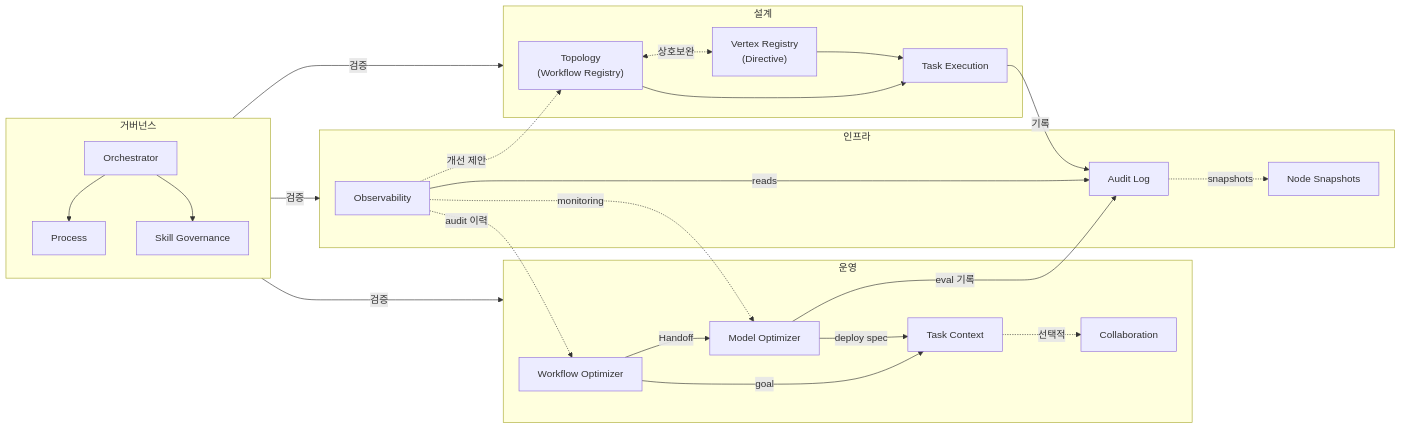
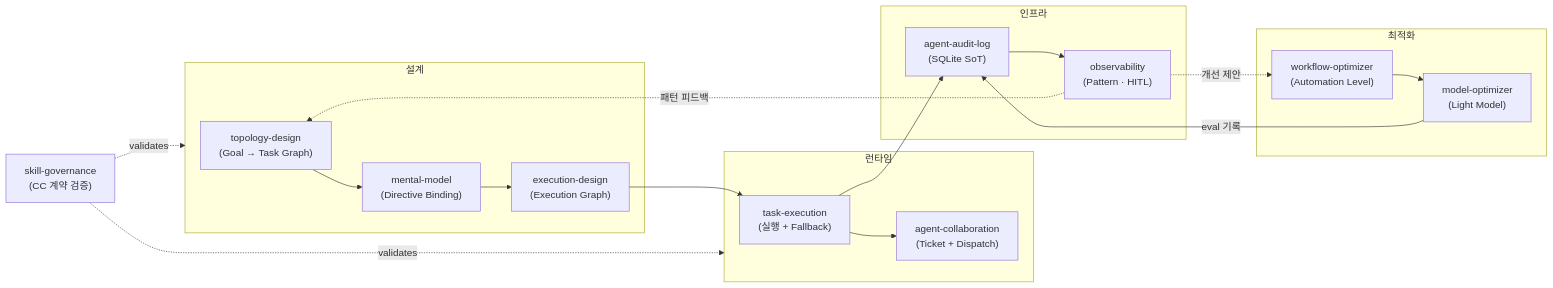
The second of 3 diagrams in README.md (WMJOON/multi-swarm-orchestrator), drawn with Mermaid before and after one commit. The commit also changed other lines of this file and 55 other files, not shown here.

````diff
--- a/README.md
+++ b/README.md
@@ -93,29 +91,33 @@
 ```mermaid
 graph LR
-    subgraph Design ["설계"]
-        S00["Topology<br/>(Workflow Registry)"] <-.->|상호보완| S01["Vertex Registry<br/>(Directive)"]
-        S00 & S01 --> S02["Task Execution"]
+    subgraph Design["설계"]
+        WT["topology-design<br/>(Goal → Task Graph)"]
+        MM["mental-model<br/>(Directive Binding)"]
+        ED["execution-design<br/>(Execution Graph)"]
+        WT --> MM --> ED
     end
-    subgraph Ops ["운영"]
-        S03["Task Context"] -.->|선택적| S04["Collaboration"]
-        S10["Workflow Optimizer"] -->|goal| S03
-        S10 -->|Handoff| S11["Model Optimizer"]
-        S11 -->|deploy spec| S03
+    subgraph Runtime["런타임"]
+        TE["task-execution<br/>(실행 + Fallback)"]
+        AC["agent-collaboration<br/>(Ticket + Dispatch)"]
+        TE --> AC
     end
-    subgraph Infra ["인프라"]
-        S06["Observability"] -->|reads| S05["Audit Log"]
-        S05 -.->|snapshots| SNAP["Node Snapshots"]
+    subgraph Infra["인프라"]
+        AAL["agent-audit-log<br/>(SQLite SoT)"]
+        OBS["observability<br/>(Pattern · HITL)"]
+        AAL --> OBS
     end
-    subgraph Gov ["거버넌스"]
-        S07["Orchestrator"] --> S08["Process"]
-        S07 --> S09["Skill Governance"]
+    subgraph Optimize["최적화"]
+        WO["workflow-optimizer<br/>(Automation Level)"]
+        MO["model-optimizer<br/>(Light Model)"]
+        WO --> MO
     end
-    S02 -->|기록| S05
-    S06 -.->|개선 제안| S00
-    S06 -.->|audit 이력| S10
-    S06 -.->|monitoring| S11
-    S11 -->|eval 기록| S05
-    Gov -->|검증| Design
-    Gov -->|검증| Ops
-    Gov -->|검증| Infra
+    GOV["skill-governance<br/>(CC 계약 검증)"]
+
+    ED --> TE
+    TE --> AAL
+    OBS -.->|개선 제안| WO
+    OBS -.->|패턴 피드백| WT
+    MO -->|eval 기록| AAL
+    GOV -.->|validates| Design
+    GOV -.->|validates| Runtime
 ```
````
